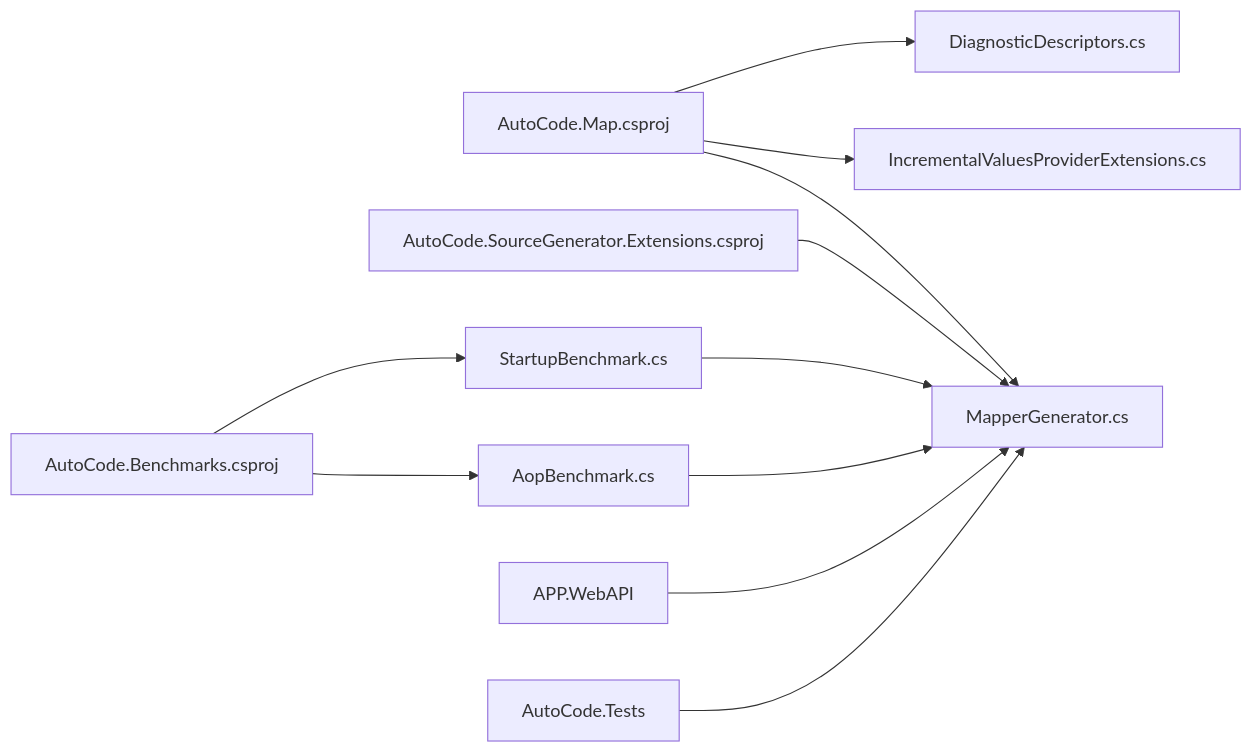
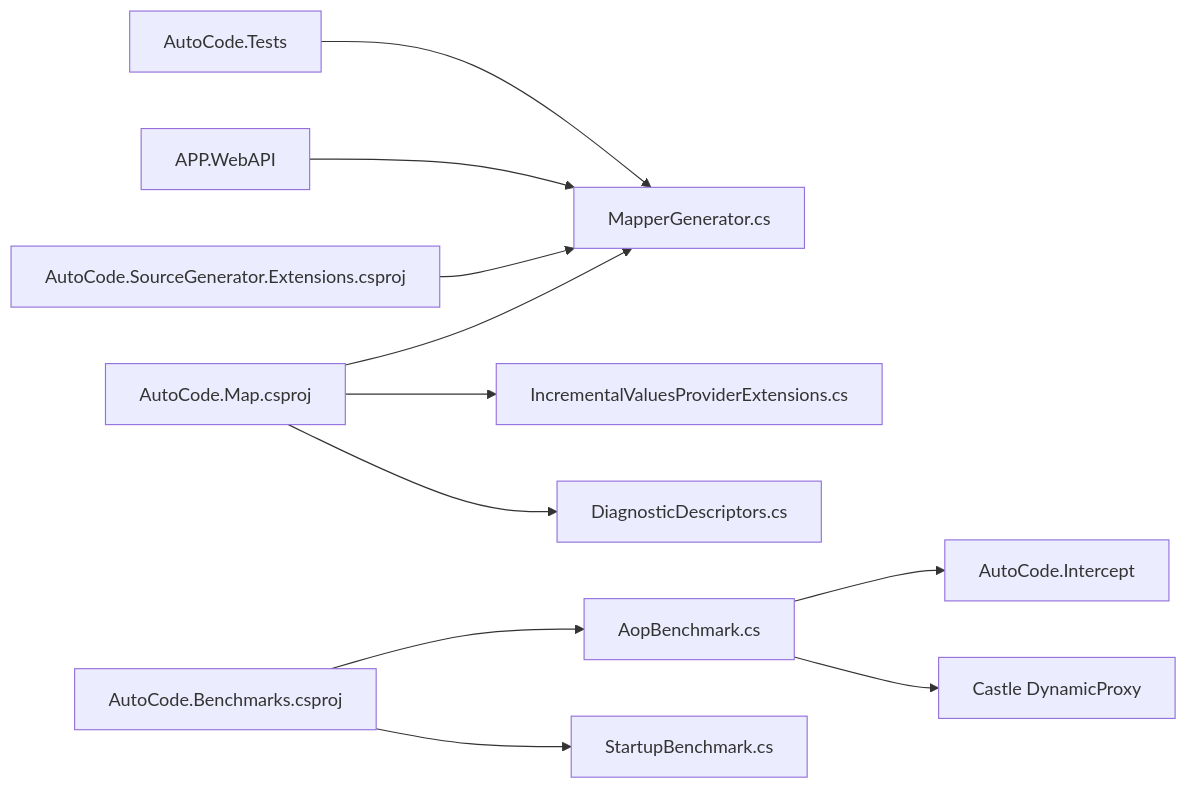
One commit to alivy/AutoCode changed the fifth of 6 diagrams in .qoder/repowiki/zh/content/调试与诊断/性能监控与优化.md. Above: the diagram before and after it, drawn with Mermaid. The commit also changed other lines of this file and 279 other files, not shown here.

````diff
--- a/.qoder/repowiki/zh/content/调试与诊断/性能监控与优化.md
+++ b/.qoder/repowiki/zh/content/调试与诊断/性能监控与优化.md
@@ -219,13 +220,13 @@
 ```mermaid
 graph LR
 MapProj["AutoCode.Map.csproj"] --> MapGen["MapperGenerator.cs"]
 MapProj --> IncExt["IncrementalValuesProviderExtensions.cs"]
 MapProj --> Diag["DiagnosticDescriptors.cs"]
-ExtProj["AutoCode.SourceGenerator.Extensions.csproj"] --> MapGen
 BenchProj["AutoCode.Benchmarks.csproj"] --> AopBench["AopBenchmark.cs"]
 BenchProj --> StartBench["StartupBenchmark.cs"]
-AopBench --> MapGen
-StartBench --> MapGen
+AopBench --> Intercept["AutoCode.Intercept"]
+AopBench --> CastleProxy["Castle DynamicProxy"]
+ExtProj["AutoCode.SourceGenerator.Extensions.csproj"] --> MapGen
 WebAPI["APP.WebAPI"] --> MapGen
 Tests["AutoCode.Tests"] --> MapGen
 ```
````
